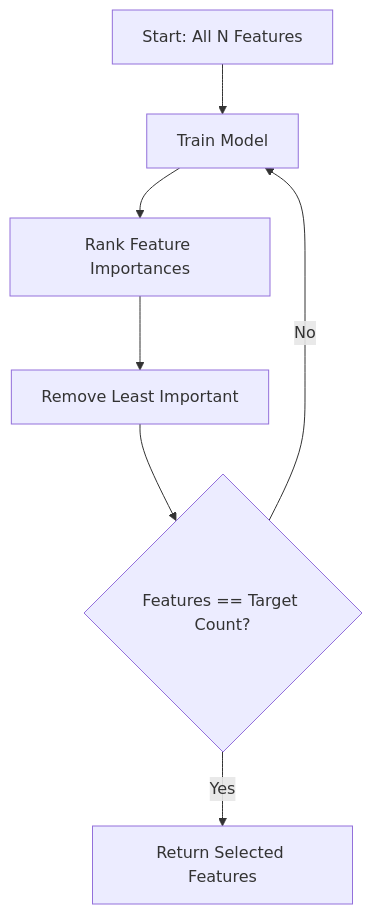
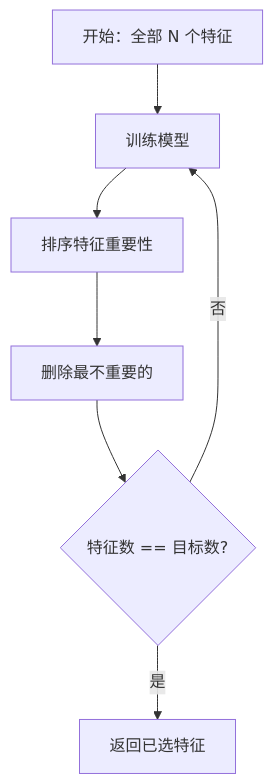
The third of 4 diagrams in lessons/02-ml-fundamentals/18-feature-selection/docs/zh.md (guangningsun/ailearning), drawn with Mermaid before and after one commit. The commit also changed other lines of this file and 53 other files, not shown here.

````diff
--- a/lessons/02-ml-fundamentals/18-feature-selection/docs/zh.md
+++ b/lessons/02-ml-fundamentals/18-feature-selection/docs/zh.md
@@ -107,9 +107,9 @@
 ```mermaid
 flowchart TD
-    A["Start: All N Features"] --> B["Train Model"]
-    B --> C["Rank Feature Importances"]
-    C --> D["Remove Least Important"]
-    D --> E{"Features == Target Count?"}
-    E -->|No| B
-    E -->|Yes| F["Return Selected Features"]
+    A["开始：全部 N 个特征"] --> B["训练模型"]
+    B --> C["排序特征重要性"]
+    C --> D["删除最不重要的"]
+    D --> E{"特征数 == 目标数?"}
+    E -->|否| B
+    E -->|是| F["返回已选特征"]
 ```
````
